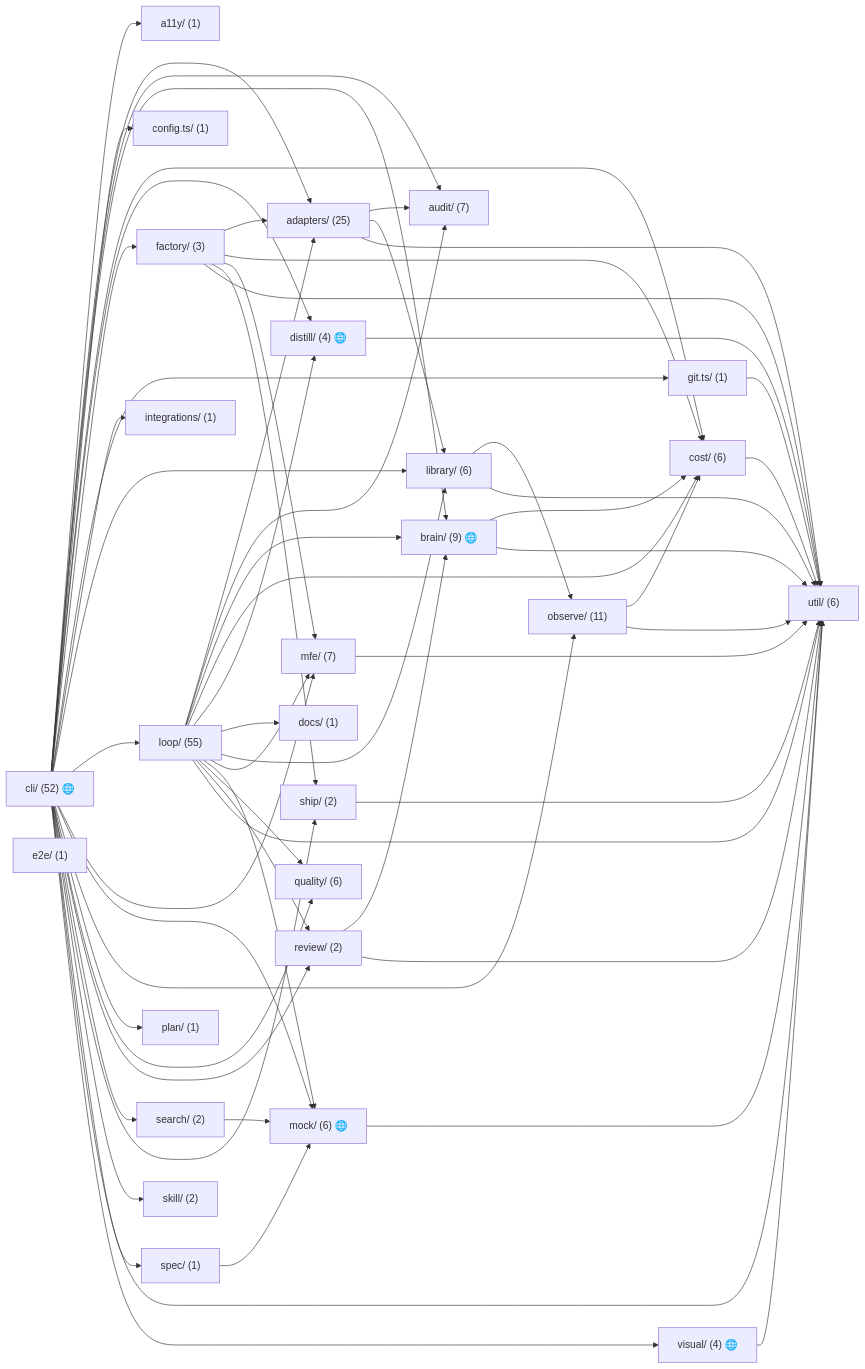
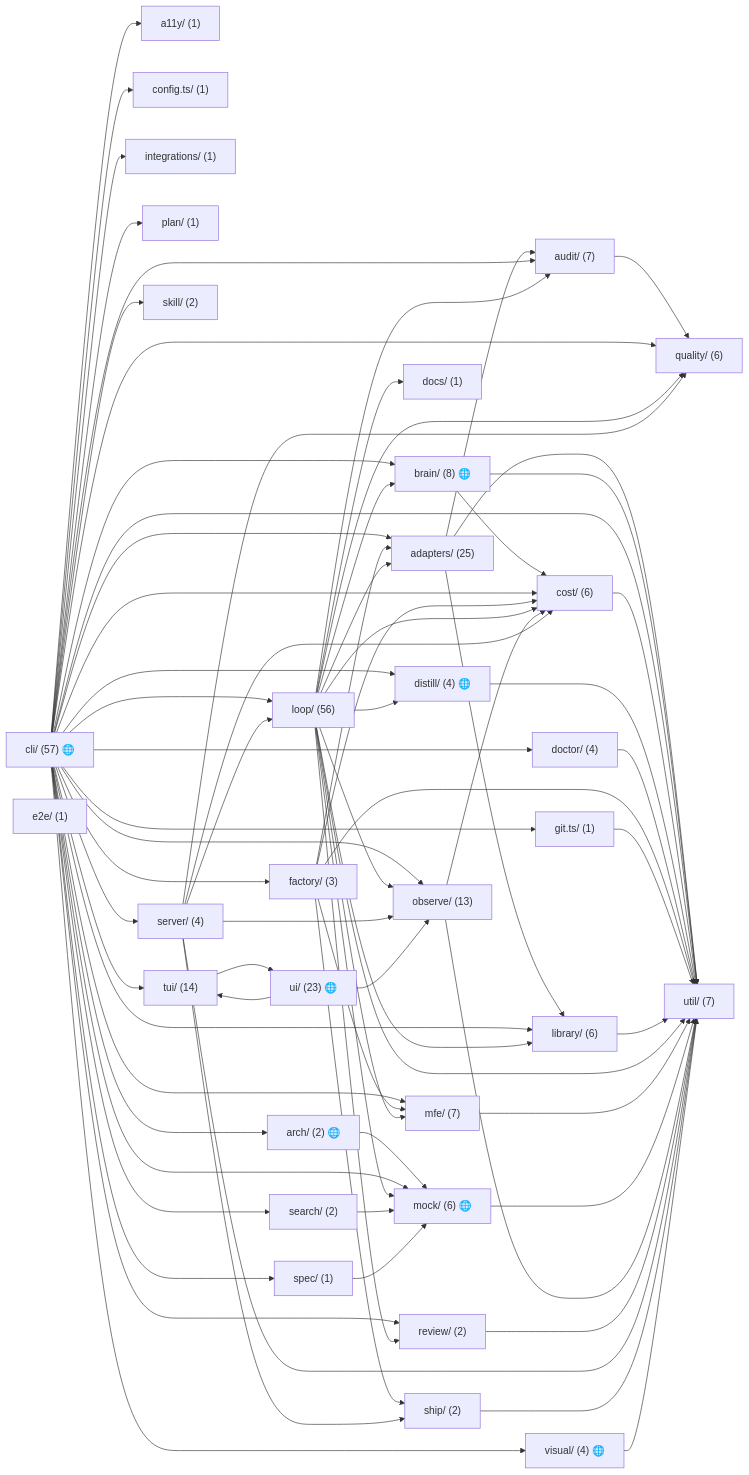
The diagram in docs/wiki/project-probevane.md (MaciekBrzeski/probevane), drawn with Mermaid before and after one commit. The commit also changed other lines of this file and 2 other files, not shown here.

````diff
--- a/docs/wiki/project-probevane.md
+++ b/docs/wiki/project-probevane.md
@@ -420,43 +571,52 @@
 flowchart LR
   a11y["a11y/ (1)"]
   adapters["adapters/ (25)"]
+  arch["arch/ (2) 🌐"]
   audit["audit/ (7)"]
-  brain["brain/ (9) 🌐"]
-  cli["cli/ (52) 🌐"]
+  brain["brain/ (8) 🌐"]
+  cli["cli/ (57) 🌐"]
   config_ts["config.ts/ (1)"]
   cost["cost/ (6)"]
   distill["distill/ (4) 🌐"]
   docs["docs/ (1)"]
+  doctor["doctor/ (4)"]
   e2e["e2e/ (1)"]
   factory["factory/ (3)"]
   git_ts["git.ts/ (1)"]
   integrations["integrations/ (1)"]
   library["library/ (6)"]
-  loop["loop/ (55)"]
+  loop["loop/ (56)"]
   mfe["mfe/ (7)"]
   mock["mock/ (6) 🌐"]
-  observe["observe/ (11)"]
+  observe["observe/ (13)"]
   plan["plan/ (1)"]
   quality["quality/ (6)"]
   review["review/ (2)"]
   search["search/ (2)"]
+  server["server/ (4)"]
   ship["ship/ (2)"]
   skill["skill/ (2)"]
   spec["spec/ (1)"]
-  util["util/ (6)"]
+  tui["tui/ (14)"]
+  ui["ui/ (23) 🌐"]
+  util["util/ (7)"]
   visual["visual/ (4) 🌐"]
   adapters --> audit
   adapters --> library
   adapters --> util
+  arch --> mock
+  audit --> quality
   brain --> cost
   brain --> util
   cli --> a11y
   cli --> adapters
+  cli --> arch
   cli --> audit
   cli --> brain
   cli --> config_ts
   cli --> cost
   cli --> distill
+  cli --> doctor
   cli --> factory
   cli --> git_ts
   cli --> integrations
@@ -469,20 +629,21 @@
   cli --> quality
   cli --> review
   cli --> search
-  cli --> ship
+  cli --> server
   cli --> skill
   cli --> spec
+  cli --> tui
   cli --> util
   cli --> visual
   cost --> util
   distill --> util
+  doctor --> util
   factory --> adapters
   factory --> cost
   factory --> mfe
   factory --> ship
   factory --> util
   git_ts --> util
-  library --> observe
   library --> util
   loop --> adapters
   loop --> audit
@@ -493,6 +654,7 @@
   loop --> library
   loop --> mfe
   loop --> mock
+  loop --> observe
   loop --> quality
   loop --> review
   loop --> util
@@ -500,10 +662,18 @@
   mock --> util
   observe --> cost
   observe --> util
-  review --> brain
   review --> util
   search --> mock
+  server --> cost
+  server --> loop
+  server --> observe
+  server --> quality
+  server --> ship
+  server --> util
   ship --> util
   spec --> mock
+  tui --> ui
+  ui --> observe
+  ui --> tui
   visual --> util
 ```
````
